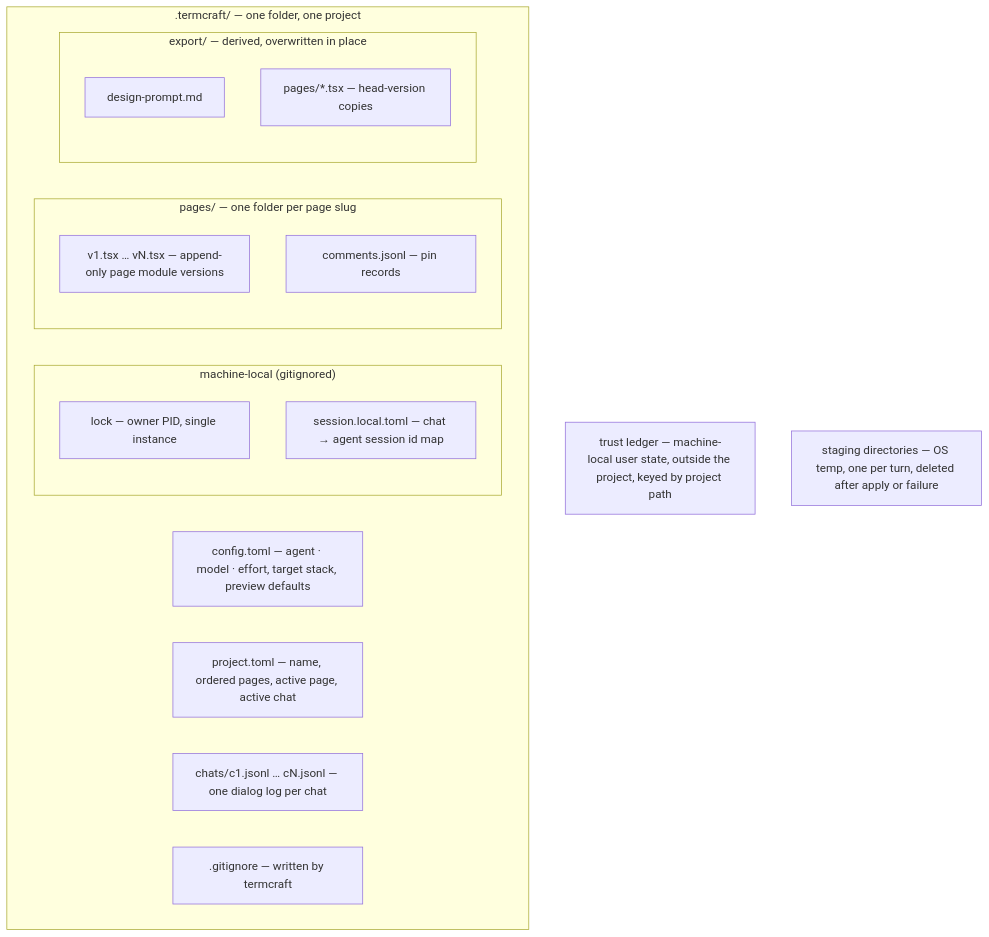
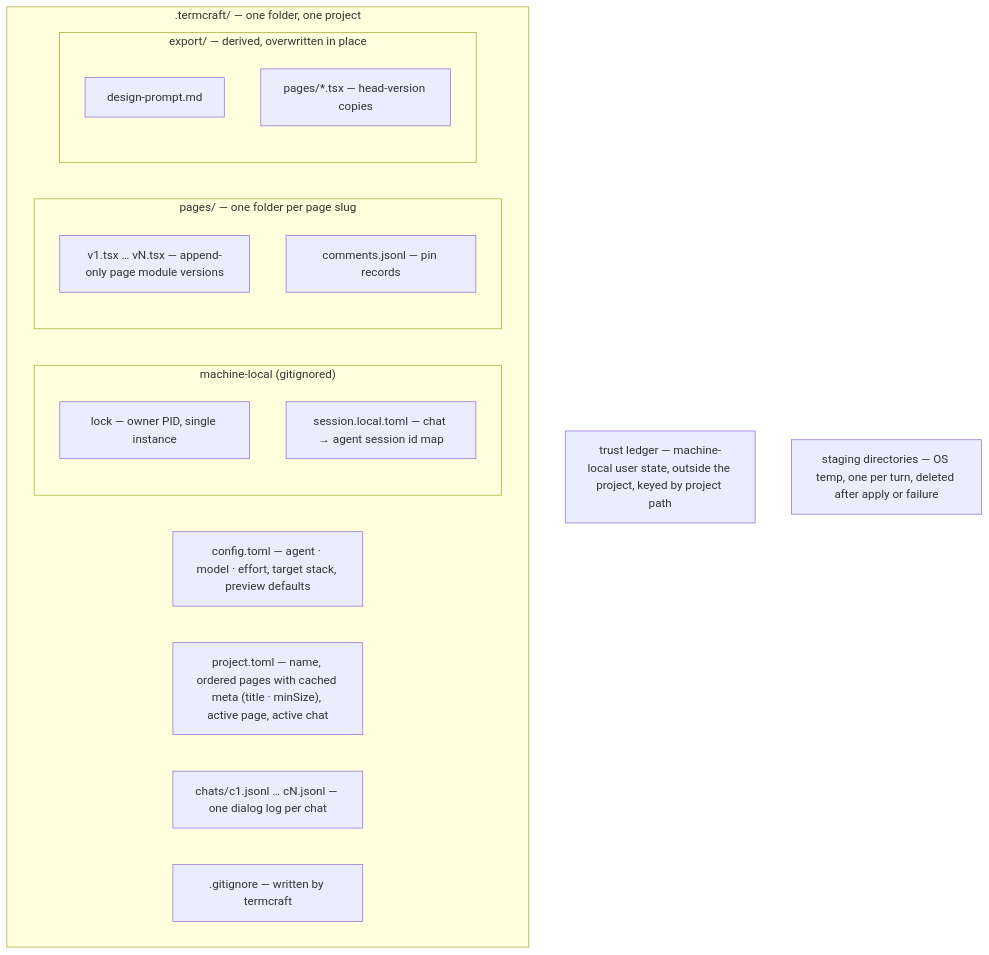
Before and after one commit to khmilevoi/termcraft: the diagram in docs/architecture/storage.md, drawn with Mermaid. The commit also changed other lines of this file and 5 other files, not shown here.

First line of the commit message:
docs: fix 17 audit findings in the pivoted spec and architecture docs

````diff
--- a/docs/architecture/storage.md
+++ b/docs/architecture/storage.md
@@ -3,23 +3,23 @@
 ```mermaid
 flowchart TB
     subgraph tc[".termcraft/ — one folder, one project"]
         cfg["config.toml — agent · model · effort, target stack, preview defaults"]
-        proj["project.toml — name, ordered pages, active page, active chat"]
+        proj["project.toml — name, ordered pages with cached meta (title · minSize), active page, active chat"]
         chats["chats/c1.jsonl … cN.jsonl — one dialog log per chat"]
         gi[".gitignore — written by termcraft"]
         subgraph localonly["machine-local (gitignored)"]
             lock["lock — owner PID, single instance"]
             sess["session.local.toml — chat → agent session id map"]
         end
         subgraph pg["pages/ — one folder per page slug"]
             vers["v1.tsx … vN.tsx — append-only page module versions"]
             comm["comments.jsonl — pin records"]
         end
         subgraph ex["export/ — derived, overwritten in place"]
             dp["design-prompt.md"]
             ptsx["pages/*.tsx — head-version copies"]
         end
     end
     trust["trust ledger — machine-local user state, outside the project, keyed by project path"]
     scratch["staging directories — OS temp, one per turn, deleted after apply or failure"]
 ```
````
